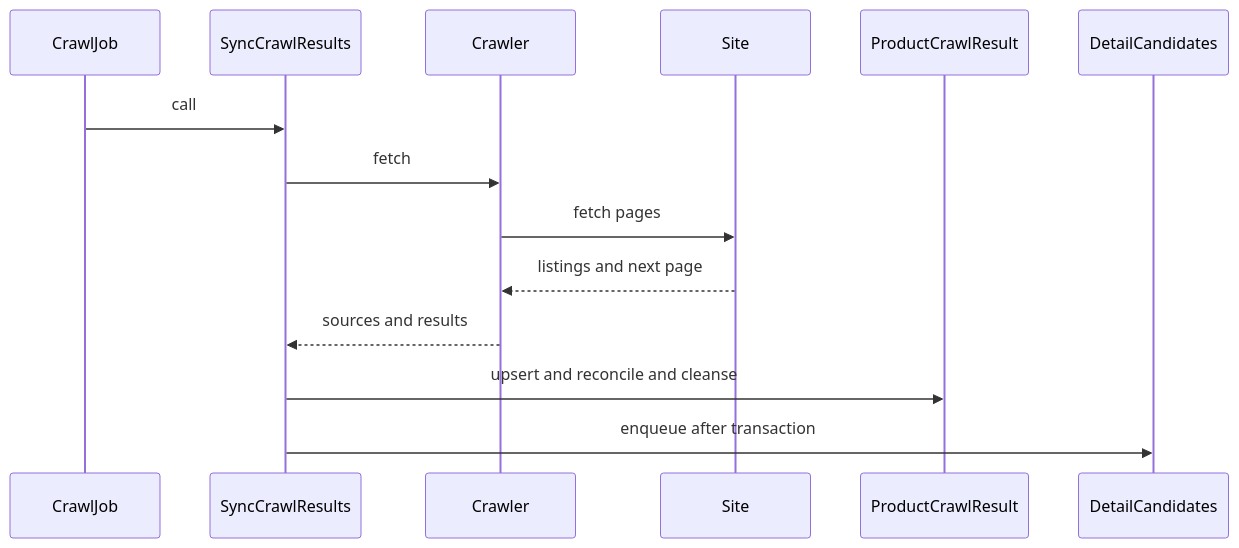
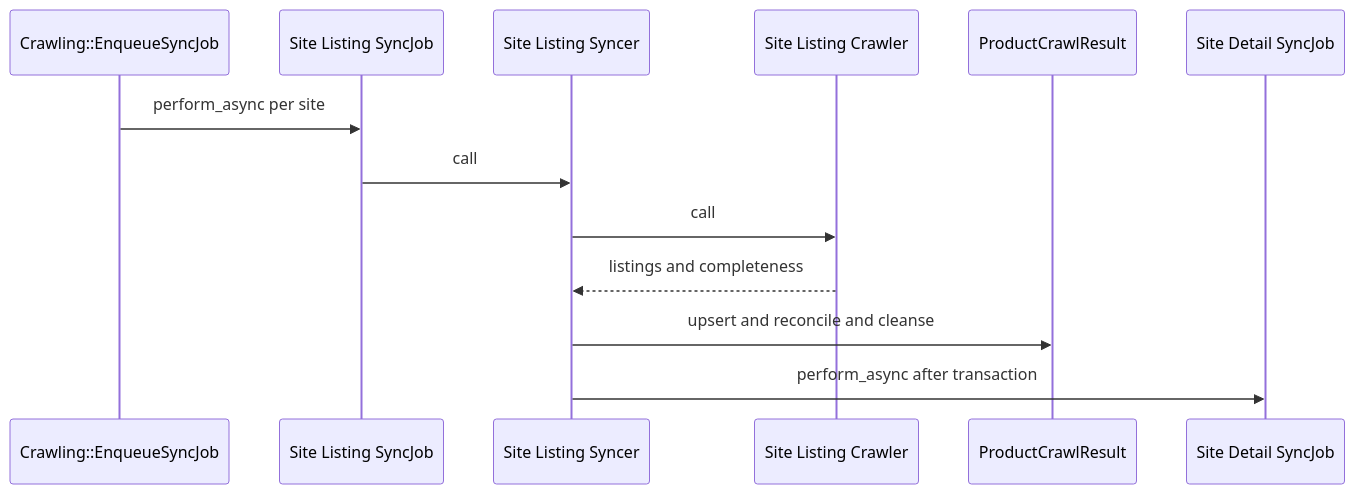
Before and after one commit to kuroweb/price-monitoring: the second of 2 diagrams in aidlc/spaces/default/codekb/price-monitoring/architecture.md, drawn with Mermaid. The commit also changed other lines of this file and 6 other files, not shown here.

````diff
--- a/aidlc/spaces/default/codekb/price-monitoring/architecture.md
+++ b/aidlc/spaces/default/codekb/price-monitoring/architecture.md
@@ -57,16 +57,15 @@
 ```mermaid
 sequenceDiagram
-  participant job as CrawlJob
-  participant sync as SyncCrawlResults
-  participant crawler as Crawler
-  participant site as Site
+  participant job as Crawling::EnqueueSyncJob
+  participant listing as Site Listing SyncJob
+  participant sync as Site Listing Syncer
+  participant crawler as Site Listing Crawler
   participant db as ProductCrawlResult
-  participant detail as DetailCandidates
-  job->>sync: call
-  sync->>crawler: fetch
-  crawler->>site: fetch pages
-  site-->>crawler: listings and next page
-  crawler-->>sync: sources and results
+  participant detail as Site Detail SyncJob
+  job->>listing: perform_async per site
+  listing->>sync: call
+  sync->>crawler: call
+  crawler-->>sync: listings and completeness
   sync->>db: upsert and reconcile and cleanse
-  sync->>detail: enqueue after transaction
+  sync->>detail: perform_async after transaction
 ```
````
